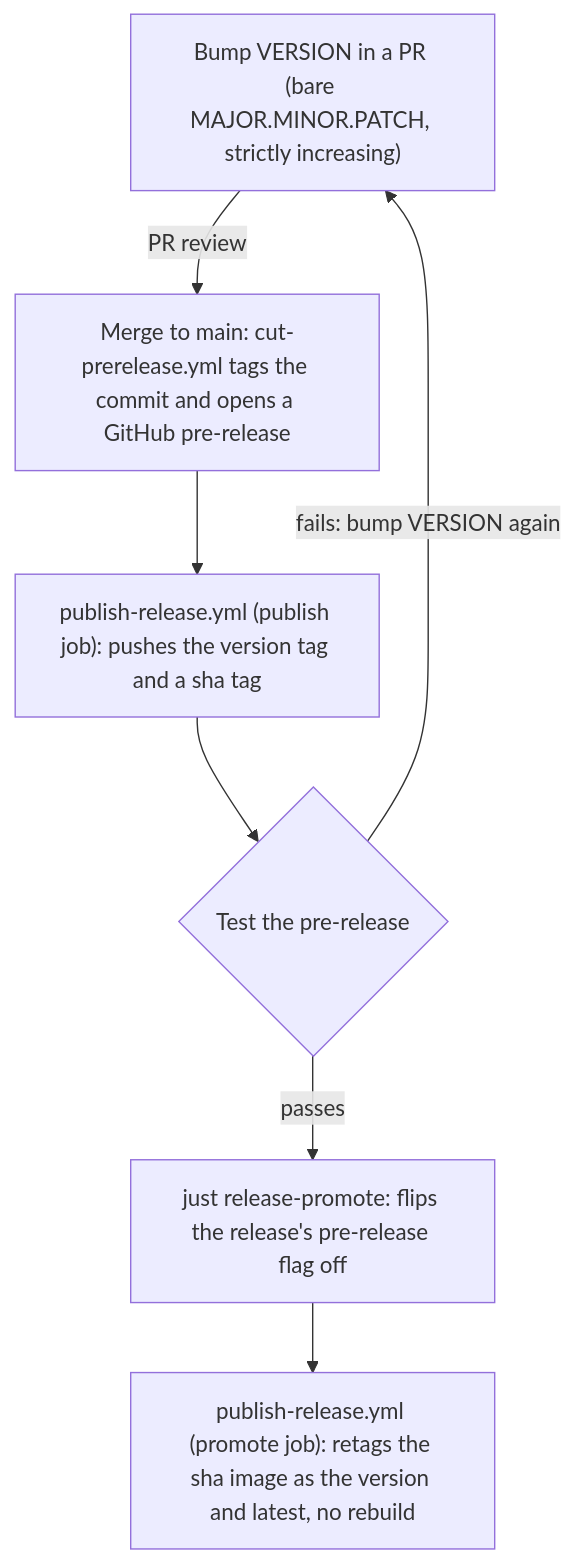
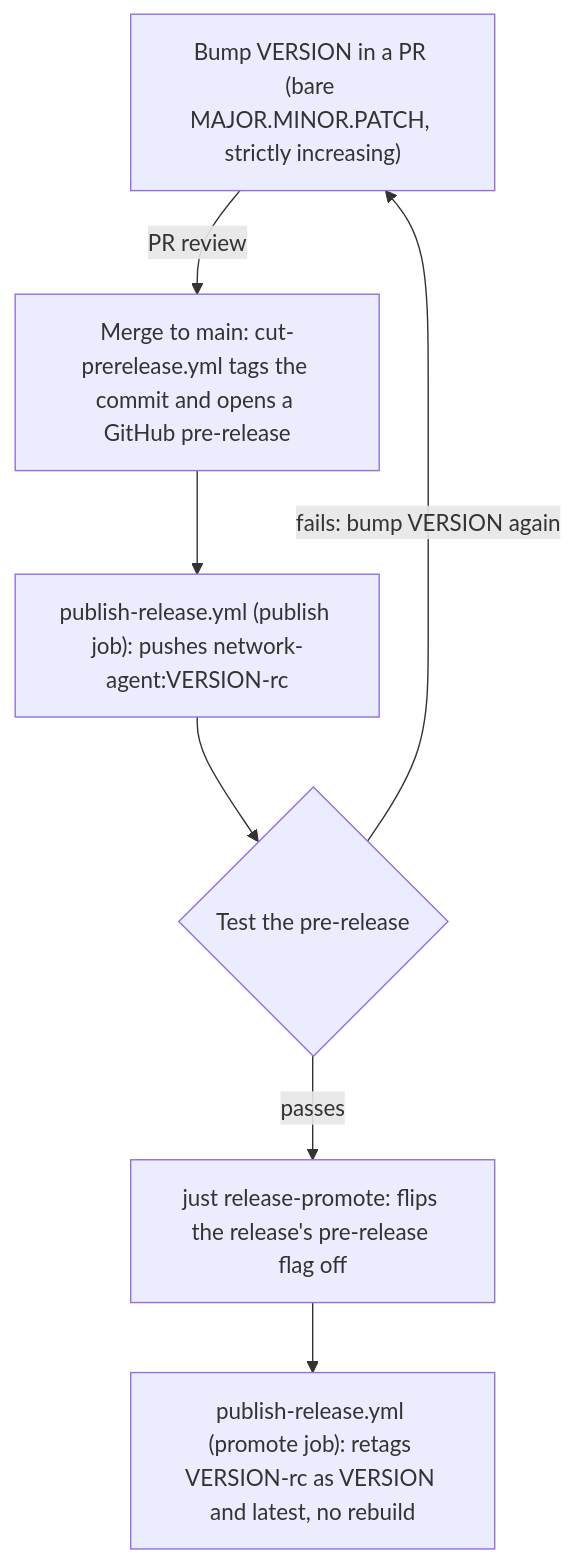
One commit to newrelic-forks/newrelic-network-agent changed the diagram in docs/RELEASING.md. Above: the diagram before and after it, drawn with Mermaid. The commit also changed other lines of this file, not shown here.

First line of the commit message:
docs: update RELEASING.md for PR #58's rc-tag/no-workflow_dispatch/Justfile rework

````diff
--- a/docs/RELEASING.md
+++ b/docs/RELEASING.md
@@ -16,16 +24,16 @@
 ```mermaid
 flowchart TD
     A["Bump VERSION in a PR (bare MAJOR.MINOR.PATCH, strictly increasing)"]
     B["Merge to main: cut-prerelease.yml tags the commit and opens a GitHub pre-release"]
-    C["publish-release.yml (publish job): pushes the version tag and a sha tag"]
+    C["publish-release.yml (publish job): pushes network-agent:VERSION-rc"]
     D{"Test the pre-release"}
     E["just release-promote: flips the release's pre-release flag off"]
-    F["publish-release.yml (promote job): retags the sha image as the version and latest, no rebuild"]
+    F["publish-release.yml (promote job): retags VERSION-rc as VERSION and latest, no rebuild"]
 
     A -->|PR review| B
     B --> C
     C --> D
     D -->|fails: bump VERSION again| A
     D -->|passes| E
     E --> F
 ```
````
